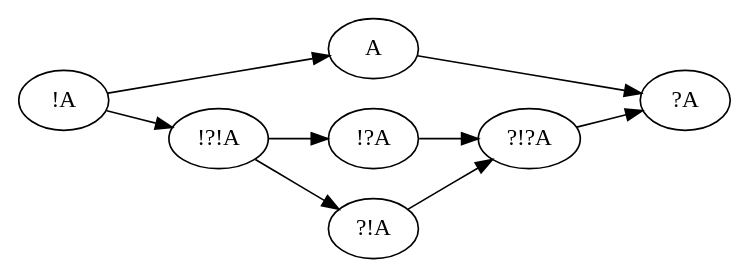
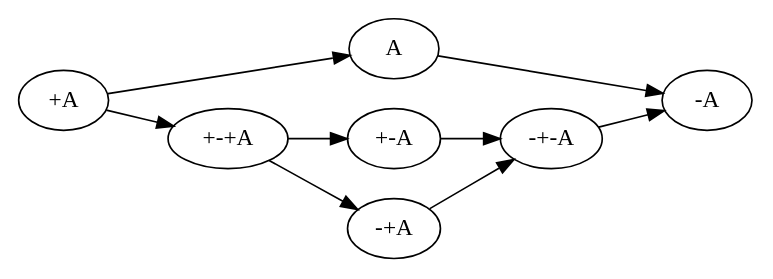
One commit to Mathnerd314/stroscot changed the diagram in docs/Commentary/Logic.rst. Above: the diagram before and after it, drawn with Graphviz. The commit also changed other lines of this file and 30 other files, not shown here.

```diff
--- a/docs/Commentary/Logic.rst
+++ b/docs/Commentary/Logic.rst
@@ -173,12 +183,12 @@
 .. graphviz::
 
   digraph G {
     rankdir=LR
-    "!A" -> "A"
-    "A" ->"?A"
-    "!A" -> "!?!A" -> {"!?A","?!A"} -> "?!?A" -> "?A"
+    "+A" -> "A"
+    "A" ->"-A"
+    "+A" -> "+-+A" -> {"+-A","-+A"} -> "-+-A" -> "-A"
     subgraph C {
       rank=same
-      "A","!?A","?!A"
+      "A","+-A","-+A"
     }
   }
```
